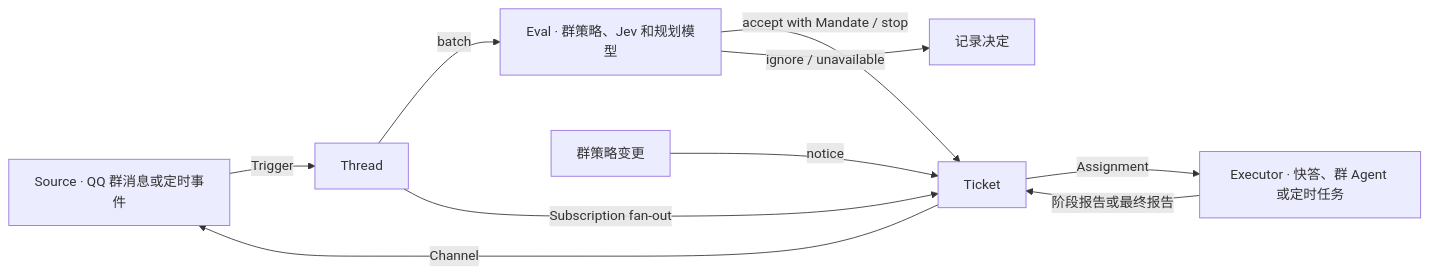
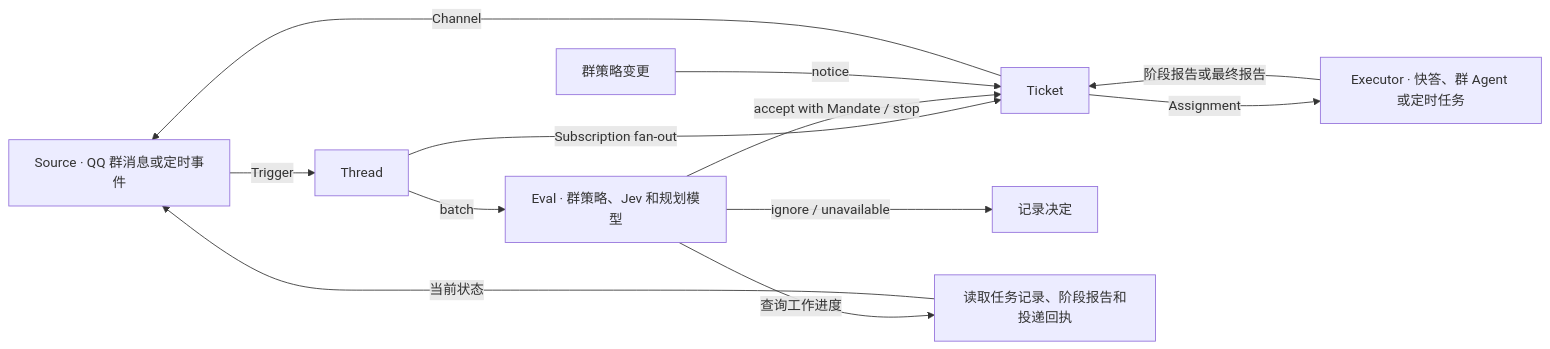
The diagram in README.md (zard110/qq-superagent), drawn with Mermaid before and after one commit. The commit also changed other lines of this file and 16 other files, not shown here.

````diff
--- a/README.md
+++ b/README.md
@@ -7,12 +7,14 @@
 ```mermaid
 flowchart LR
   S["Source · QQ 群消息或定时事件"] -->|Trigger| T[Thread]
   T -->|batch| E["Eval · 群策略、Jev 和规划模型"]
   T -->|Subscription fan-out| K[Ticket]
   E -->|accept with Mandate / stop| K
   E -->|ignore / unavailable| X[记录决定]
   P[群策略变更] -->|notice| K
   K -->|Assignment| W["Executor · 快答、群 Agent 或定时任务"]
   W -->|阶段报告或最终报告| K
+  E -->|查询工作进度| R["读取任务记录、阶段报告和投递回执"]
+  R -->|当前状态| S
   K -->|Channel| S
 ```
````
